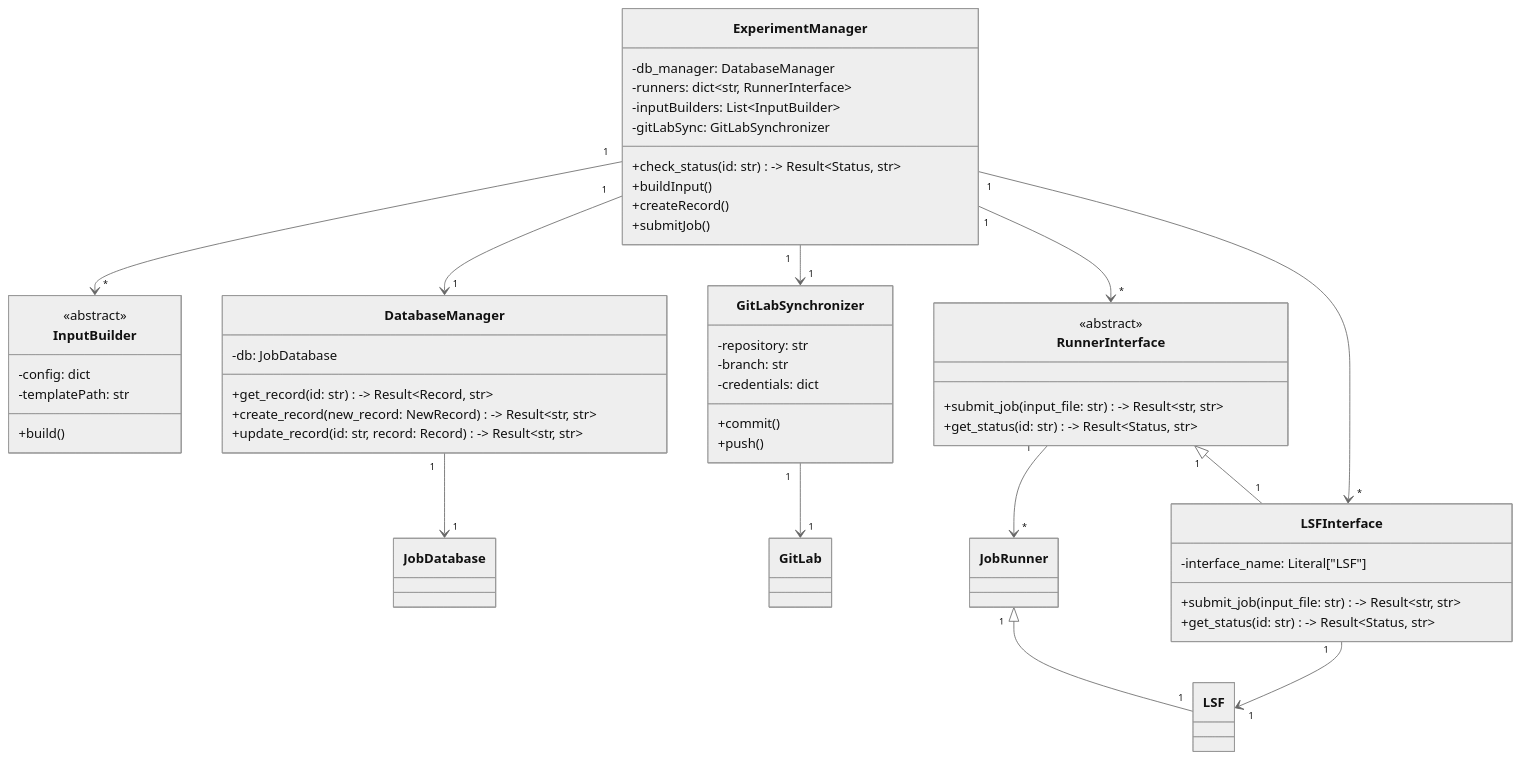
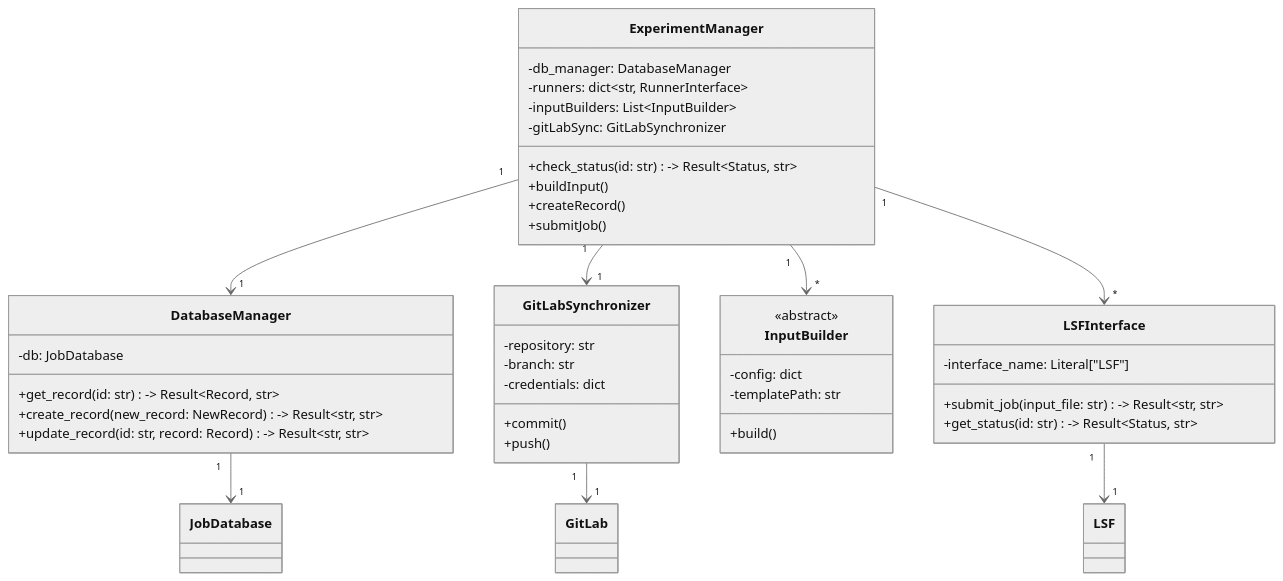
One commit to Shimataka/computational-ops changed the fifth of 5 diagrams in .docs/02_development_doc03.md. Above: the diagram before and after it, drawn with Mermaid (neutral theme). The commit also changed other lines of this file and 3 other files, not shown here.

First line of the commit message:
docs: update README and development documentation with HPC context and new class diagrams

````diff
--- a/.docs/02_development_doc03.md
+++ b/.docs/02_development_doc03.md
@@ -50,59 +181,49 @@
 ```mermaid
 classDiagram
     class ExperimentManager {
         -db_manager: DatabaseManager
         -runners: dict~str, RunnerInterface~
         -inputBuilders: List~InputBuilder~
         -gitLabSync: GitLabSynchronizer
         +check_status(id: str) -> Result~Status, str~
         +buildInput()
         +createRecord()
         +submitJob()
     }
 
     class DatabaseManager {
         -db: JobDatabase
         +get_record(id: str) -> Result~Record, str~
         +create_record(new_record: NewRecord) -> Result~str, str~
         +update_record(id: str, record: Record) -> Result~str, str~
     }
 
     class GitLabSynchronizer {
         -repository: str
         -branch: str
         -credentials: dict
         +commit()
         +push()
     }
 
     class InputBuilder {
         <<abstract>>
         -config: dict
         -templatePath: str
         +build()
     }
 
-    class RunnerInterface {
-        <<abstract>>
-        +submit_job(input_file: str) -> Result~str, str~
-        +get_status(id: str) -> Result~Status, str~
-    }
-
     class LSFInterface {
         -interface_name: Literal["LSF"]
         +submit_job(input_file: str) -> Result~str, str~
         +get_status(id: str) -> Result~Status, str~
     }
 
     ExperimentManager "1" --> "*" InputBuilder
     ExperimentManager "1" --> "1" DatabaseManager
     ExperimentManager "1" --> "1" GitLabSynchronizer
-    ExperimentManager "1" --> "*" RunnerInterface
     ExperimentManager "1" --> "*" LSFInterface
     DatabaseManager "1" --> "1" JobDatabase
     GitLabSynchronizer "1" --> "1" GitLab
-    RunnerInterface "1" --> "*" JobRunner
-    RunnerInterface "1" <|-- "1" LSFInterface
     LSFInterface "1" --> "1" LSF
-    JobRunner "1" <|-- "1" LSF
 ```
````
